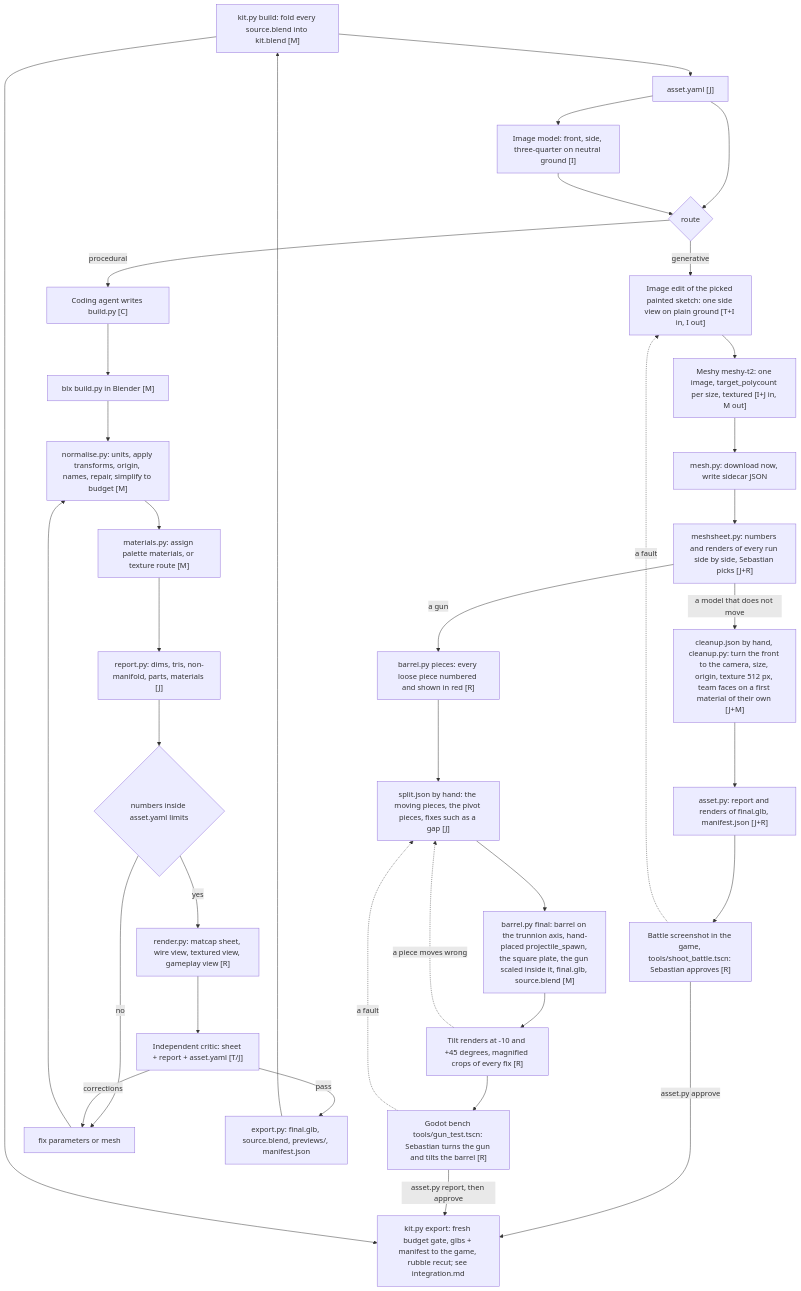
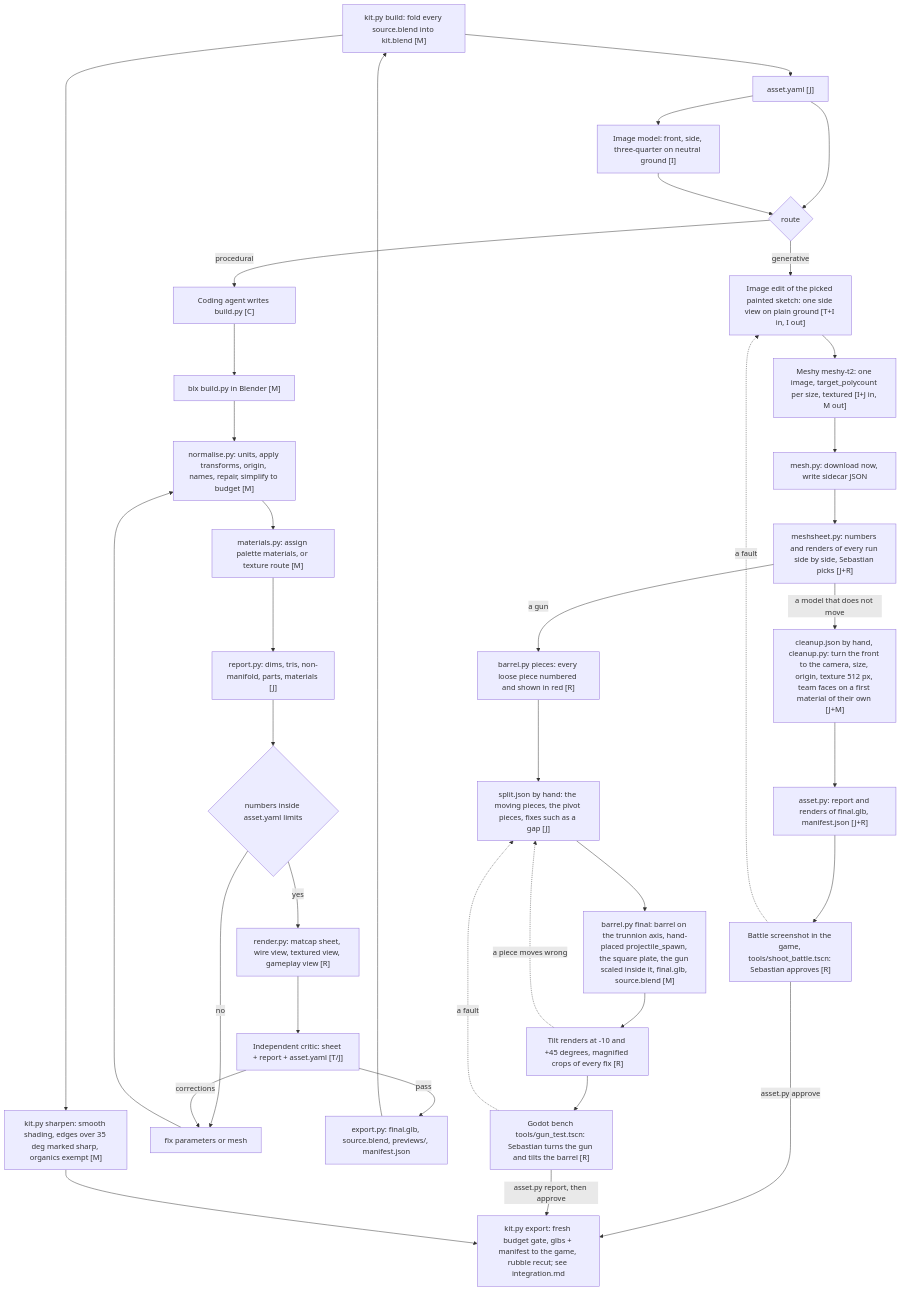
One commit to sebastianrueckerai/cannonade changed the diagram in art/docs/process/assets-3d.md. Above: the diagram before and after it, drawn with Mermaid. The commit also changed 76 other files, not shown here.

````diff
--- a/art/docs/process/assets-3d.md
+++ b/art/docs/process/assets-3d.md
@@ -5,38 +5,39 @@
 ```mermaid
 flowchart TB
     KIT["Design bible subset: palette.json, geometry_rules.yaml, anchors [J+I]"] --> AS
     AS["asset.yaml [J]"] --> REF["Image model: front, side, three-quarter on neutral ground [I]"]
     AS --> ROUTE{"route"}
     REF --> ROUTE
     ROUTE -->|procedural| CODE["Coding agent writes build.py [C]"]
     CODE --> RUN["blx build.py in Blender [M]"]
     ROUTE -->|generative| SIDE["Image edit of the picked painted sketch: one side view on plain ground [T+I in, I out]"]
     SIDE --> API["Meshy meshy-t2: one image, target_polycount per size, textured [I+J in, M out]"]
     API --> DL["mesh.py: download now, write sidecar JSON"]
     DL --> CMP["meshsheet.py: numbers and renders of every run side by side, Sebastian picks [J+R]"]
     CMP -->|a gun| PCS["barrel.py pieces: every loose piece numbered and shown in red [R]"]
     CMP -->|a model that does not move| CLN["cleanup.json by hand, cleanup.py: turn the front to the camera, size, origin, texture 512 px, team faces on a first material of their own [J+M]"]
     CLN --> GREP["asset.py: report and renders of final.glb, manifest.json [J+R]"]
     GREP --> SHOT["Battle screenshot in the game, tools/shoot_battle.tscn: Sebastian approves [R]"]
     SHOT -. a fault .-> SIDE
     SHOT -->|asset.py approve| SYNC
     PCS --> SPL["split.json by hand: the moving pieces, the pivot pieces, fixes such as a gap [J]"]
     SPL --> FIN["barrel.py final: barrel on the trunnion axis, hand-placed projectile_spawn, the square plate, the gun scaled inside it, final.glb, source.blend [M]"]
     FIN --> TILT["Tilt renders at -10 and +45 degrees, magnified crops of every fix [R]"]
     TILT -. a piece moves wrong .-> SPL
     TILT --> BENCH["Godot bench tools/gun_test.tscn: Sebastian turns the gun and tilts the barrel [R]"]
     BENCH -. a fault .-> SPL
     BENCH -->|asset.py report, then approve| SYNC
     RUN --> NORM
     NORM["normalise.py: units, apply transforms, origin, names, repair, simplify to budget [M]"]
     NORM --> MAT["materials.py: assign palette materials, or texture route [M]"]
     MAT --> REP["report.py: dims, tris, non-manifold, parts, materials [J]"]
     REP --> GATE{"numbers inside asset.yaml limits"}
     GATE -->|no| FIX["fix parameters or mesh"] --> NORM
     GATE -->|yes| REN["render.py: matcap sheet, wire view, textured view, gameplay view [R]"]
     REN --> CRIT["Independent critic: sheet + report + asset.yaml [T/J]"]
     CRIT -->|corrections| FIX
     CRIT -->|pass| OUT["export.py: final.glb, source.blend, previews/, manifest.json"]
     OUT --> KIT["kit.py build: fold every source.blend into kit.blend [M]"]
-    KIT --> SYNC["kit.py export: fresh budget gate, glbs + manifest to the game, rubble recut; see integration.md"]
+    KIT --> SHARP["kit.py sharpen: smooth shading, edges over 35 deg marked sharp, organics exempt [M]"]
+    SHARP --> SYNC["kit.py export: fresh budget gate, glbs + manifest to the game, rubble recut; see integration.md"]
 ```
````
